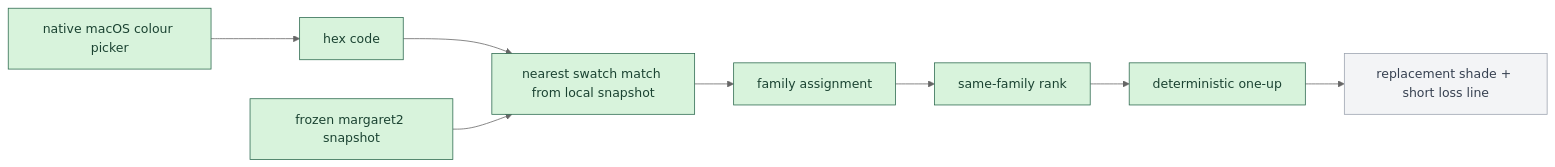
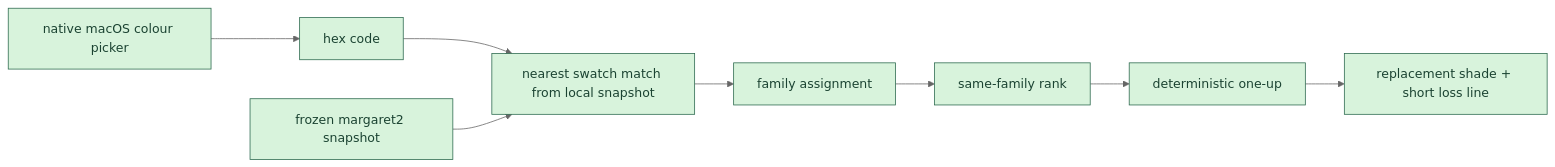
One commit to tryskian/huemiliator changed the diagram in docs/diagrams/PIPELINE.md. Above: the diagram before and after it, drawn with Mermaid (neutral theme). The commit also changed other lines of this file and 12 other files, not shown here.

````diff
--- a/docs/diagrams/PIPELINE.md
+++ b/docs/diagrams/PIPELINE.md
@@ -9,19 +9,18 @@
 ```mermaid
 flowchart LR
   A["native macOS colour picker"]
   B["hex code"]
   S["frozen margaret2 snapshot"]
   C["nearest swatch match from local snapshot"]
   D["family assignment"]
   E["same-family rank"]
   F["deterministic one-up"]
   G["replacement shade + short loss line"]
 
   A --> B --> C --> D --> E --> F --> G
   S --> C
 
   classDef implemented fill:#d8f3dc,stroke:#2d6a4f,color:#1b4332
   classDef pending fill:#f3f4f6,stroke:#9ca3af,color:#374151
-  class A,B,S,C,D,E,F implemented
-  class G pending
+  class A,B,S,C,D,E,F,G implemented
 ```
````
